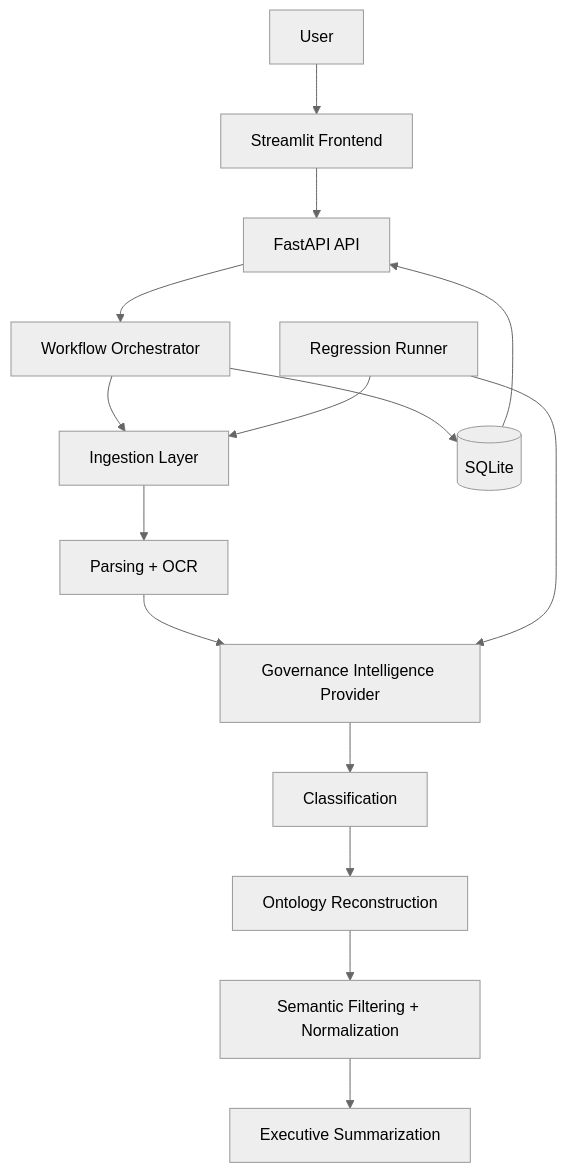
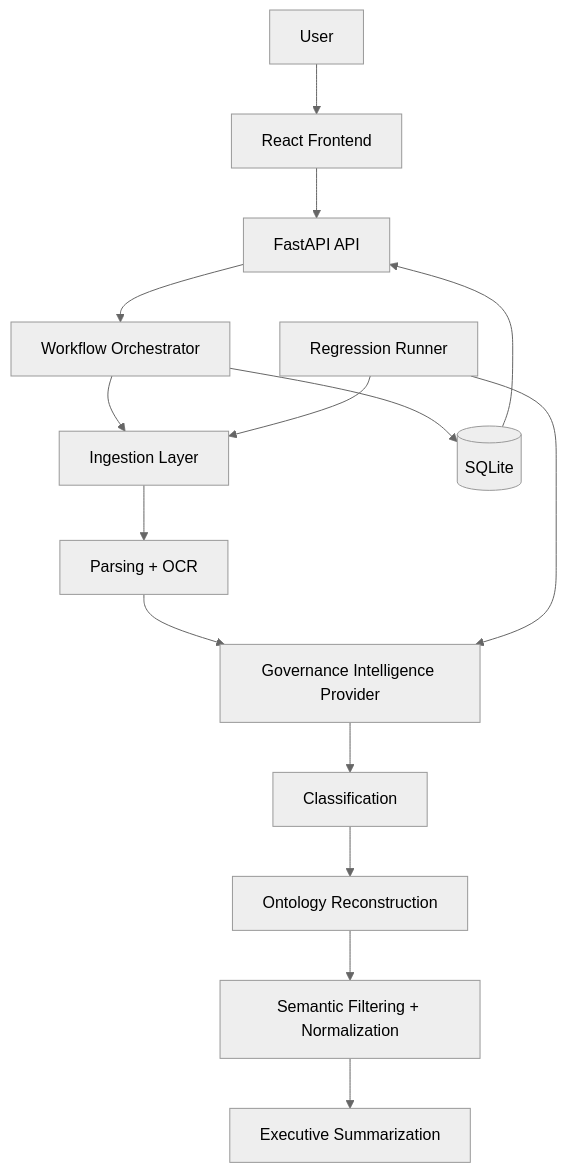
The diagram in docs/architecture/system_architecture.md (Sujalm18/Enterprise-Governance-Intelligence-Platform), drawn with Mermaid (neutral theme) before and after one commit. The commit also changed other lines of this file and 86 other files, not shown here.

````diff
--- a/docs/architecture/system_architecture.md
+++ b/docs/architecture/system_architecture.md
@@ -7,17 +7,17 @@
 ```mermaid
 flowchart TB
-    U[User] --> UI[Streamlit Frontend]
+    U[User] --> UI[React Frontend]
     UI --> API[FastAPI API]
     API --> WF[Workflow Orchestrator]
     WF --> ING[Ingestion Layer]
     ING --> PARSE[Parsing + OCR]
     PARSE --> AI[Governance Intelligence Provider]
     AI --> CLS[Classification]
     CLS --> ONT[Ontology Reconstruction]
     ONT --> NORM[Semantic Filtering + Normalization]
     NORM --> SUM[Executive Summarization]
     WF --> DB[(SQLite)]
     DB --> API
     EVAL[Regression Runner] --> ING
     EVAL --> AI
 ```
````
